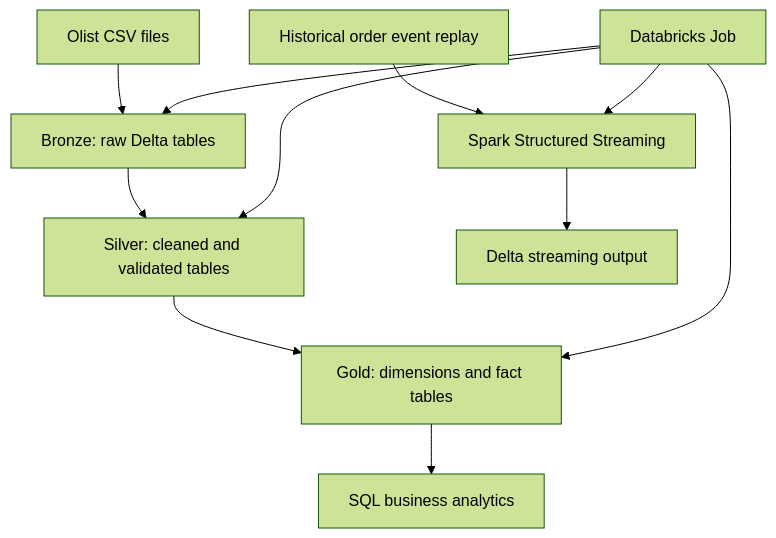
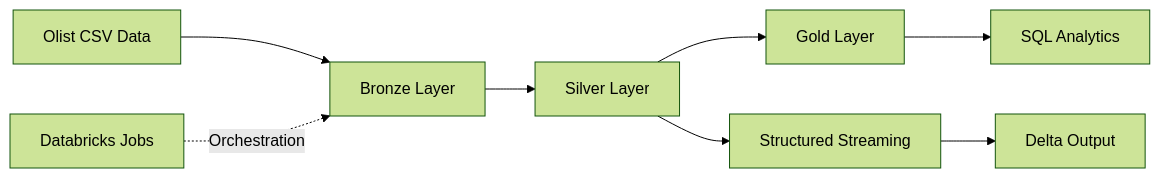
One commit to shree-ritu30/ecommerce-lakehouse-databricks changed the diagram in README.md. Above: the diagram before and after it, drawn with Mermaid (forest theme). The commit also changed other lines of this file, not shown here.

````diff
--- a/README.md
+++ b/README.md
@@ -9,13 +9,12 @@
 ```mermaid
-flowchart TD
-    A[Olist CSV files] --> B[Bronze: raw Delta tables]
-    B --> C[Silver: cleaned and validated tables]
-    C --> D[Gold: dimensions and fact tables]
-    D --> E[SQL business analytics]
-    F[Historical order event replay] --> G[Spark Structured Streaming]
-    G --> H[Delta streaming output]
-    I[Databricks Job] --> B
-    I --> C
-    I --> D
-    I --> G
+flowchart LR
+    A[Olist CSV Data] --> B[Bronze Layer]
+    B --> C[Silver Layer]
+    C --> D[Gold Layer]
+    D --> E[SQL Analytics]
+
+    C --> F[Structured Streaming]
+    F --> G[Delta Output]
+
+    H[Databricks Jobs] -. Orchestration .-> B
 ```
````
